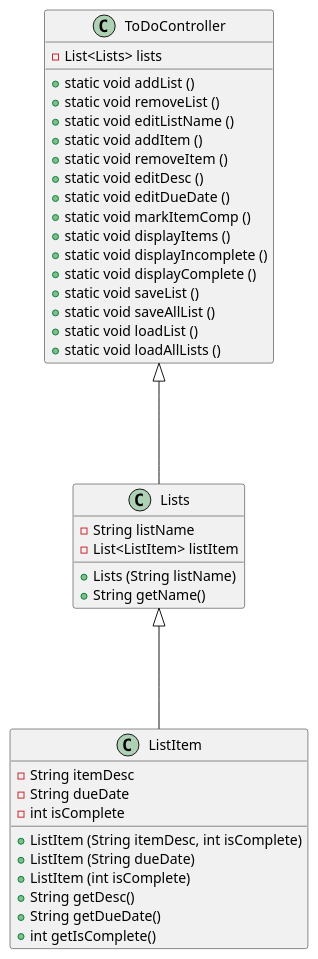
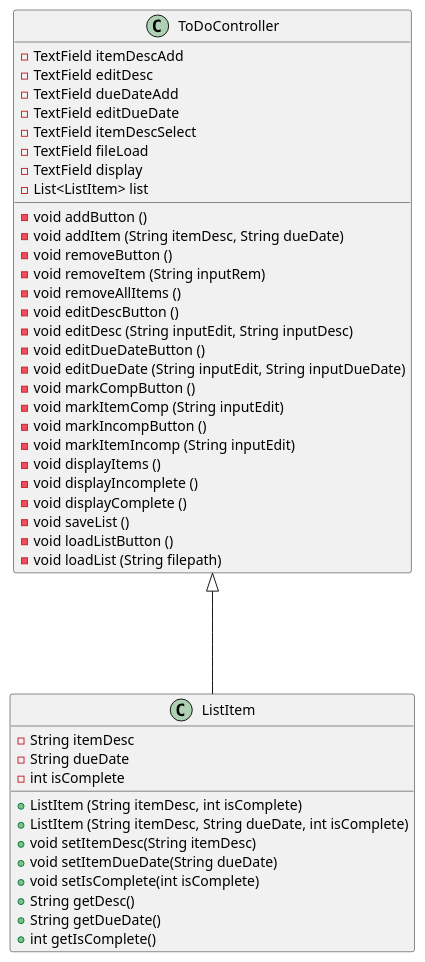
Before and after one commit to rebeccapinap/To-Do-List-App: the diagram in uml/ToDoListDiagram.puml, drawn with PlantUML. The commit also changed 5 other files, not shown here.

```diff
--- a/uml/ToDoListDiagram.puml
+++ b/uml/ToDoListDiagram.puml
@@ -1,48 +1,52 @@
 @startuml
 'https://plantuml.com/sequence-diagram
 
 class ToDoController
 {
-    - List<Lists> lists
-    + static void addList ()
-    + static void removeList ()
-    + static void editListName ()
-    + static void addItem ()
-    + static void removeItem ()
-    + static void editDesc ()
-    + static void editDueDate ()
-    + static void markItemComp ()
-    + static void displayItems ()
-    + static void displayIncomplete ()
-    + static void displayComplete ()
-    + static void saveList ()
-    + static void saveAllList ()
-    + static void loadList ()
-    + static void loadAllLists ()
-}
-
-class Lists
-{
-    - String listName
-    - List<ListItem> listItem
-    + Lists (String listName)
-    + String getName()
+    - TextField itemDescAdd
+    - TextField editDesc
+    - TextField dueDateAdd
+    - TextField editDueDate
+    - TextField itemDescSelect
+    - TextField fileLoad
+    - TextField display
+    - List<ListItem> list
+    - void addButton ()
+    - void addItem (String itemDesc, String dueDate)
+    - void removeButton ()
+    - void removeItem (String inputRem)
+    - void removeAllItems ()
+    - void editDescButton ()
+    - void editDesc (String inputEdit, String inputDesc)
+    - void editDueDateButton ()
+    - void editDueDate (String inputEdit, String inputDueDate)
+    - void markCompButton ()
+    - void markItemComp (String inputEdit)
+    - void markIncompButton ()
+    - void markItemIncomp (String inputEdit)
+    - void displayItems ()
+    - void displayIncomplete ()
+    - void displayComplete ()
+    - void saveList ()
+    - void loadListButton ()
+    - void loadList (String filepath)
 }
 
 class ListItem
 {
     - String itemDesc
     - String dueDate
     - int isComplete
     + ListItem (String itemDesc, int isComplete)
-    + ListItem (String dueDate)
-    + ListItem (int isComplete)
+    + ListItem (String itemDesc, String dueDate, int isComplete)
+    + void setItemDesc(String itemDesc)
+    + void setItemDueDate(String dueDate)
+    + void setIsComplete(int isComplete)
     + String getDesc()
     + String getDueDate()
     + int getIsComplete()
 }
 
-ToDoController <|--- Lists
-Lists <|--- ListItem
+ToDoController <|--- ListItem
 
 @enduml
```
